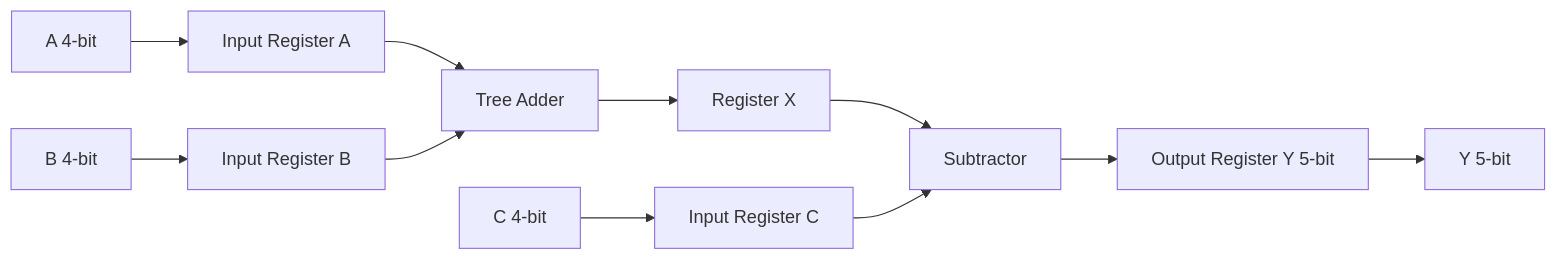
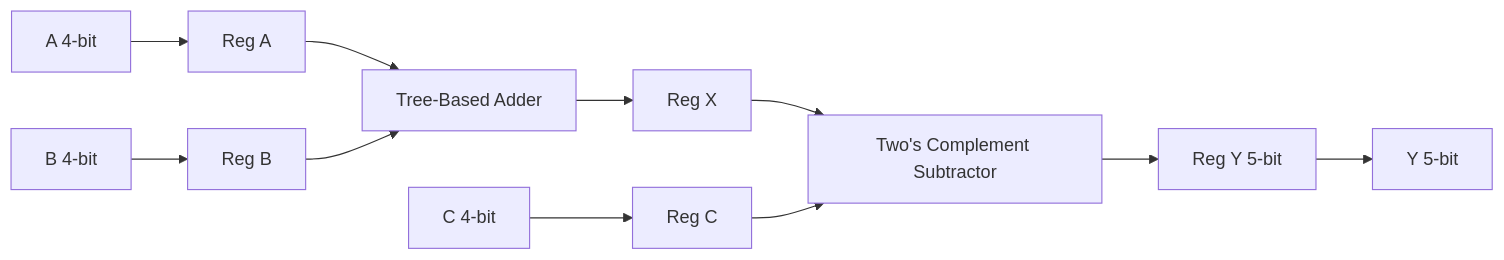
The diagram in README.md (Asaf-Alber/4bit-alu-virtuoso), drawn with Mermaid before and after one commit. The commit also changed other lines of this file, not shown here.

````diff
--- a/README.md
+++ b/README.md
@@ -18,15 +17,15 @@
 ```mermaid
 flowchart LR
-  A[A 4-bit] --> RA[Input Register A]
-  B[B 4-bit] --> RB[Input Register B]
-  C[C 4-bit] --> RC[Input Register C]
+  A[A 4-bit] --> RA[Reg A]
+  B[B 4-bit] --> RB[Reg B]
+  C[C 4-bit] --> RC[Reg C]
 
-  RA --> ADD[Tree Adder]
+  RA --> ADD[Tree-Based Adder]
   RB --> ADD
-  ADD --> RX[Register X]
+  ADD --> RX[Reg X]
 
-  RX --> SUB[Subtractor]
+  RX --> SUB[Two's Complement Subtractor]
   RC --> SUB
-  SUB --> RY[Output Register Y 5-bit]
+  SUB --> RY[Reg Y 5-bit]
   RY --> Y[Y 5-bit]
 ```
````
